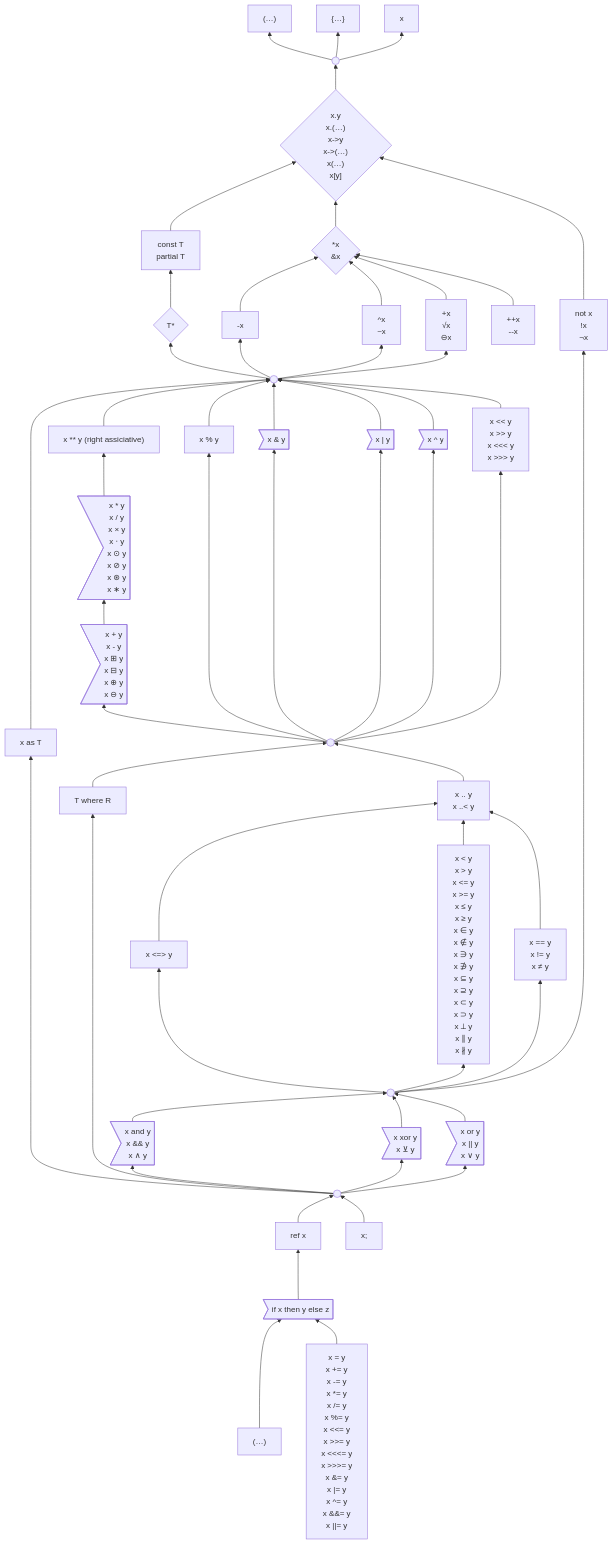
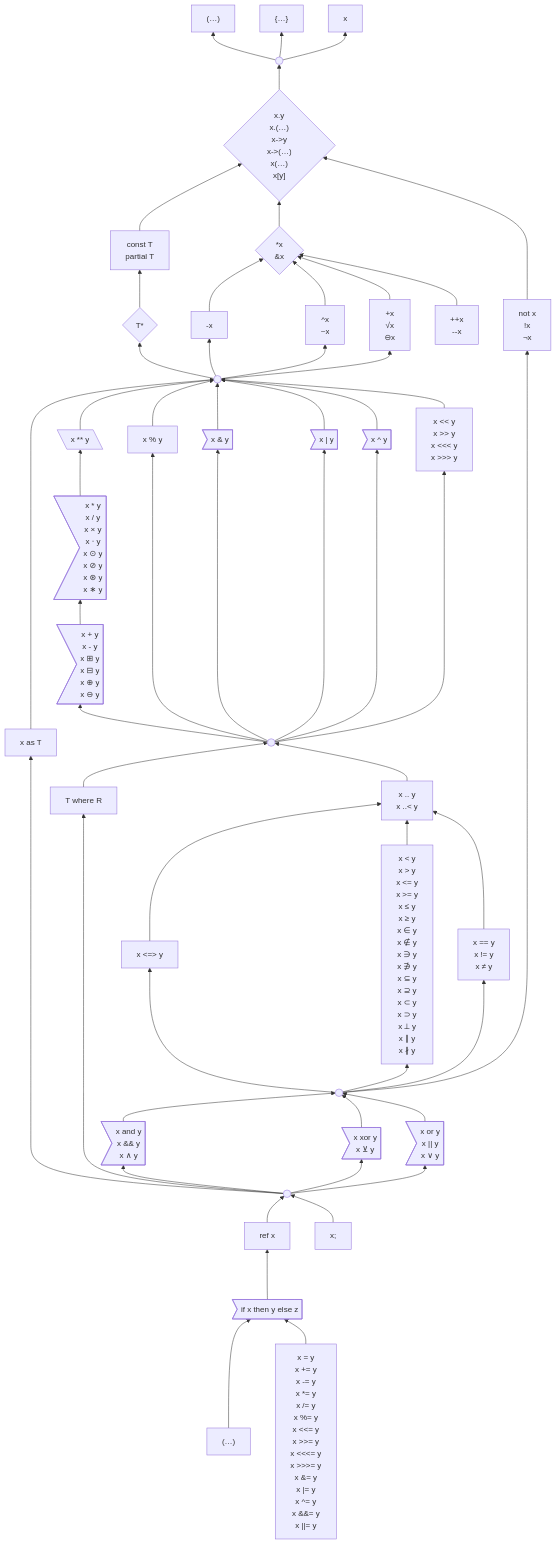
The first of 5 diagrams in 6 .../2 Unfinished Ideas.md (laro/Cilia), drawn with Mermaid before and after one commit.

Commit message:
Update 2 Unfinished Ideas.md

```diff
--- a/6 .../2 Unfinished Ideas.md
+++ b/6 .../2 Unfinished Ideas.md
@@ -198,7 +198,7 @@
     as["x as T"]
     click as "https://github.com/carbon-language/carbon-lang/blob/trunk/docs/design/expressions/implicit_conversions.md"
 
-    power["x ** y (right assiciative)"]
+    power[\"x ** y"\]
 
     multiplication>"x * y
                     x / y
```
